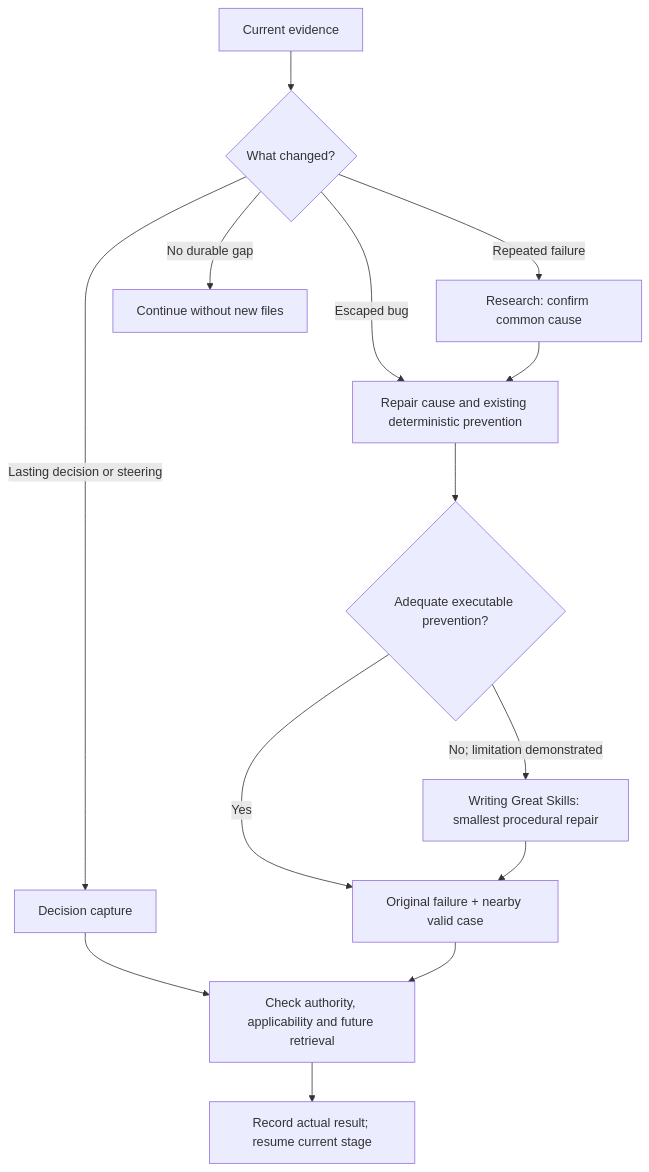
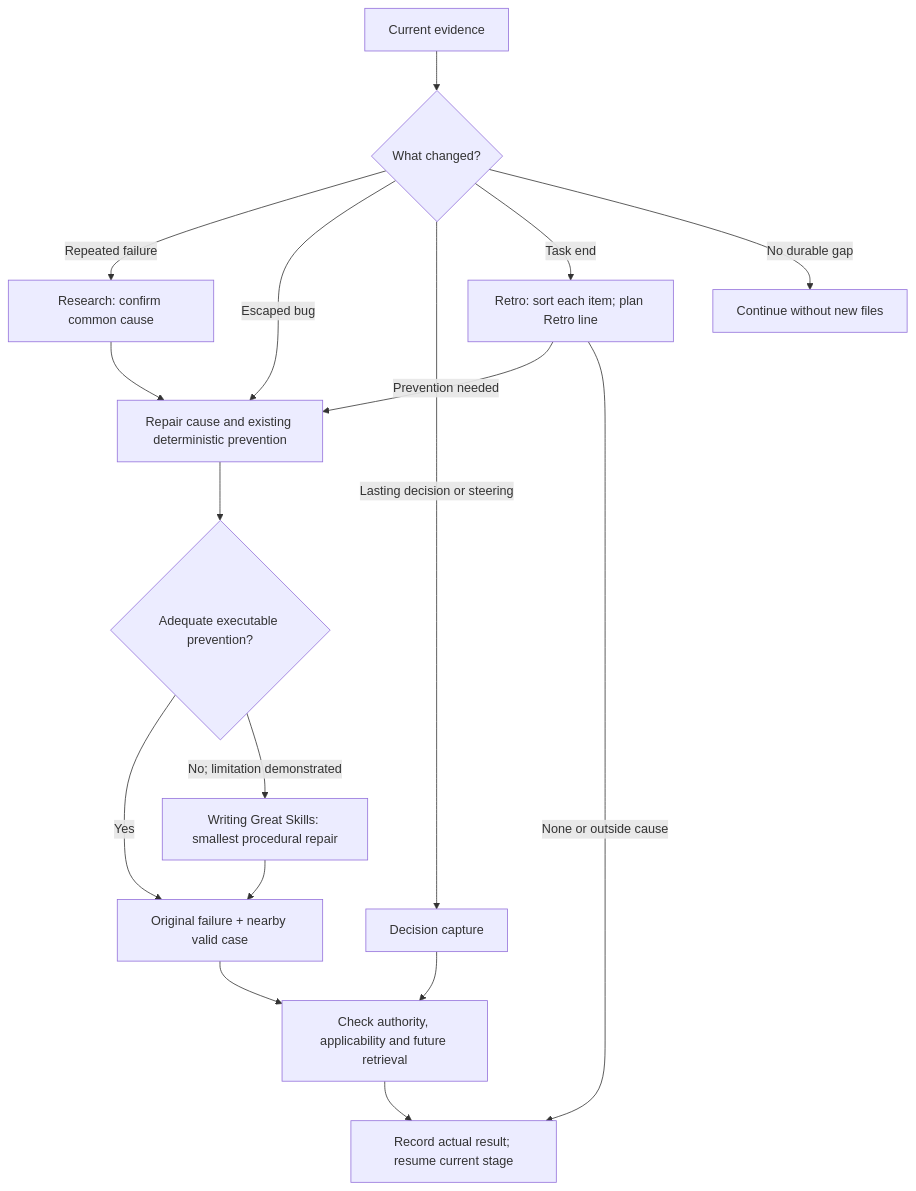
One commit to sgaabdu4/vault_storage changed the diagram in .agents/skills/he-learn/SKILL.md. Above: the diagram before and after it, drawn with Mermaid. The commit also changed other lines of this file and 104 other files, not shown here.

````diff
--- a/.agents/skills/he-learn/SKILL.md
+++ b/.agents/skills/he-learn/SKILL.md
@@ -11,20 +11,23 @@
 ```mermaid
 flowchart TD
   E[Current evidence] --> T{What changed?}
   T -->|Repeated failure| R[Research: confirm common cause]
   T -->|Escaped bug| P
   T -->|Lasting decision or steering| A[Decision capture]
+  T -->|Task end| RT[Retro: sort each item; plan Retro line]
   T -->|No durable gap| N[Continue without new files]
+  RT -->|Prevention needed| P
+  RT -->|None or outside cause| D
   R --> P[Repair cause and existing deterministic prevention]
   P --> L{Adequate executable prevention?}
   L -->|Yes| V[Original failure + nearby valid case]
   L -->|No; limitation demonstrated| S[Writing Great Skills: smallest procedural repair]
   S --> V
   A --> U[Check authority, applicability and future retrieval]
   V --> U
   U --> D[Record actual result; resume current stage]
   click R "../research/references/troubleshooting.md"
   click A "references/decisions.md"
   click S "../writing-great-skills/SKILL.md"
   click V "../he/references/testing.md"
 ```
````
